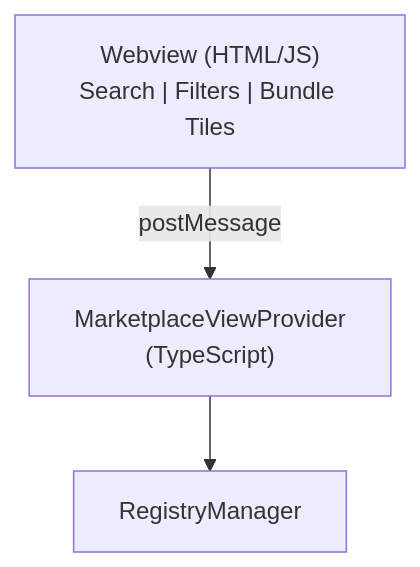
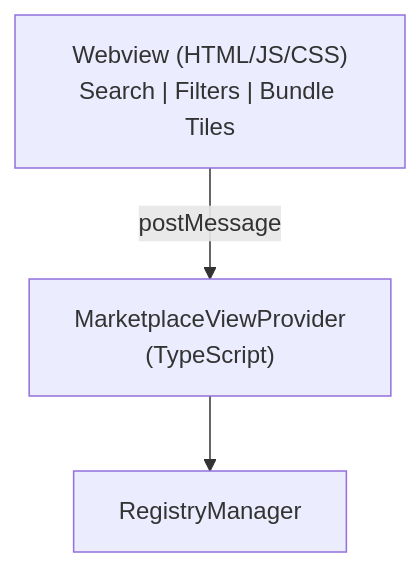
One commit to gblanc-1a/prompt-registry changed the first of 3 diagrams in docs/contributor-guide/architecture/ui-components.md. Above: the diagram before and after it, drawn with Mermaid. The commit also changed other lines of this file and 24 other files, not shown here.

````diff
--- a/docs/contributor-guide/architecture/ui-components.md
+++ b/docs/contributor-guide/architecture/ui-components.md
@@ -9,9 +9,9 @@
 ```mermaid
 graph TD
-    A["Webview (HTML/JS)<br/>Search | Filters | Bundle Tiles"] 
+    A["Webview (HTML/JS/CSS)<br/>Search | Filters | Bundle Tiles"] 
     B["MarketplaceViewProvider<br/>(TypeScript)"]
     C["RegistryManager"]
     
     A -->|postMessage| B
     B --> C
 ```
````
